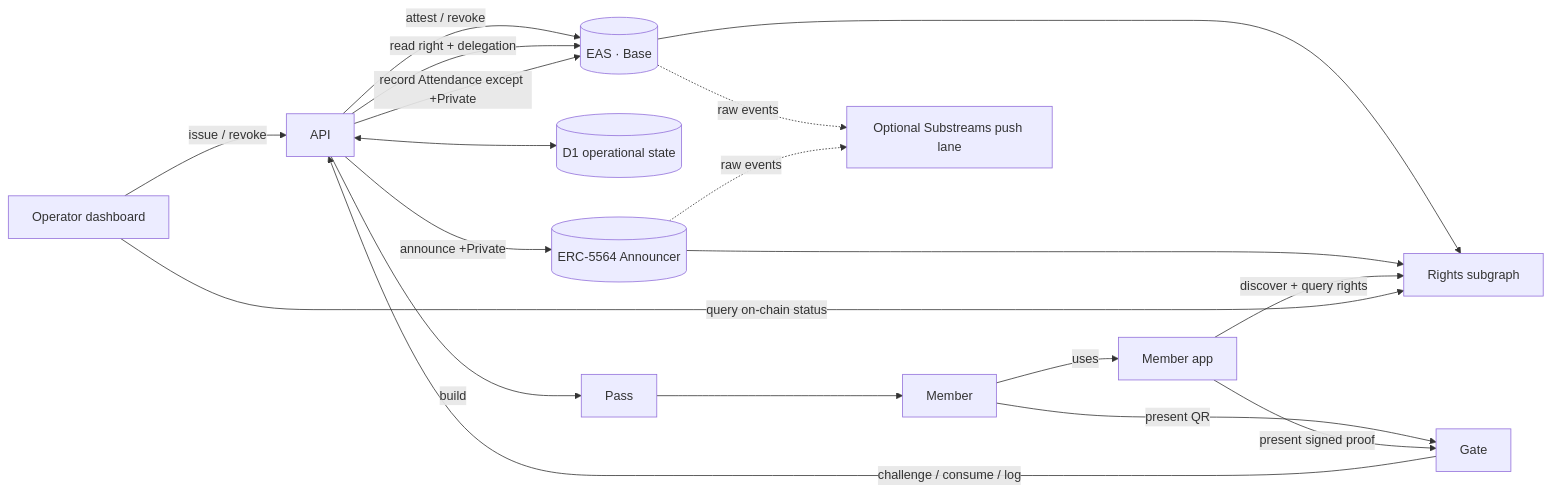
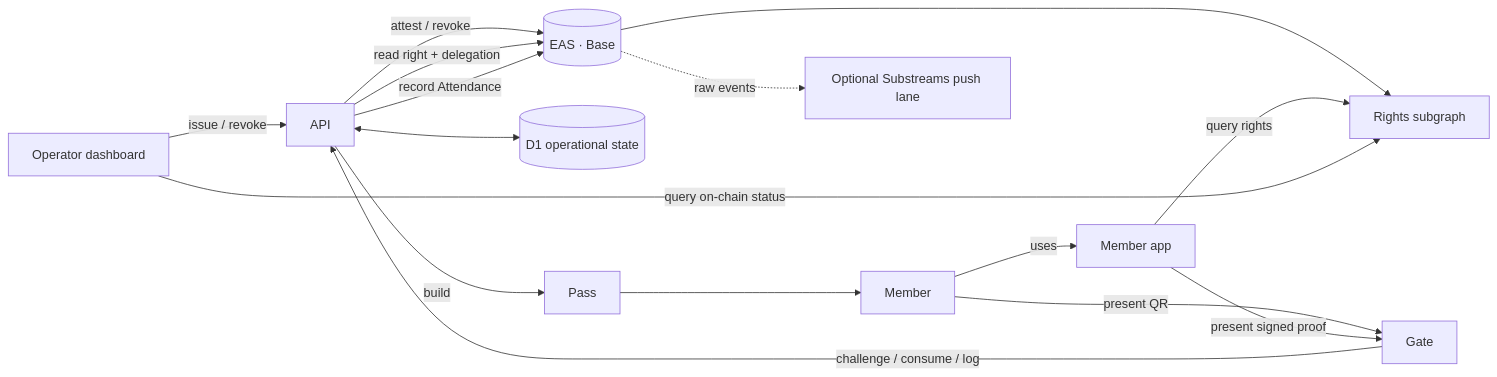
One commit to oboroxyz/fuda-sh changed the diagram in docs/architecture.md. Above: the diagram before and after it, drawn with Mermaid. The commit also changed other lines of this file and 138 other files, not shown here.

````diff
--- a/docs/architecture.md
+++ b/docs/architecture.md
@@ -5,21 +5,18 @@
 ```mermaid
 flowchart LR
     D[Operator dashboard] -->|issue / revoke| API[API]
     API -->|attest / revoke| EAS[(EAS · Base)]
     API <--> D1[(D1 operational state)]
     API -->|build| P[Pass]
-    API -->|announce +Private| AN[(ERC-5564 Announcer)]
     P --> M[Member]
     M -->|present QR| G[Gate]
     M -->|uses| A[Member app]
     A -->|present signed proof| G
     EAS --> Q[Rights subgraph]
-    AN --> Q
-    A -->|discover + query rights| Q
+    A -->|query rights| Q
     D -->|query on-chain status| Q
     EAS -. raw events .-> S[Optional Substreams push lane]
-    AN -. raw events .-> S
     API -->|read right + delegation| EAS
     G -->|challenge / consume / log| API
-    API -->|record Attendance except +Private| EAS
+    API -->|record Attendance| EAS
 ```
````
